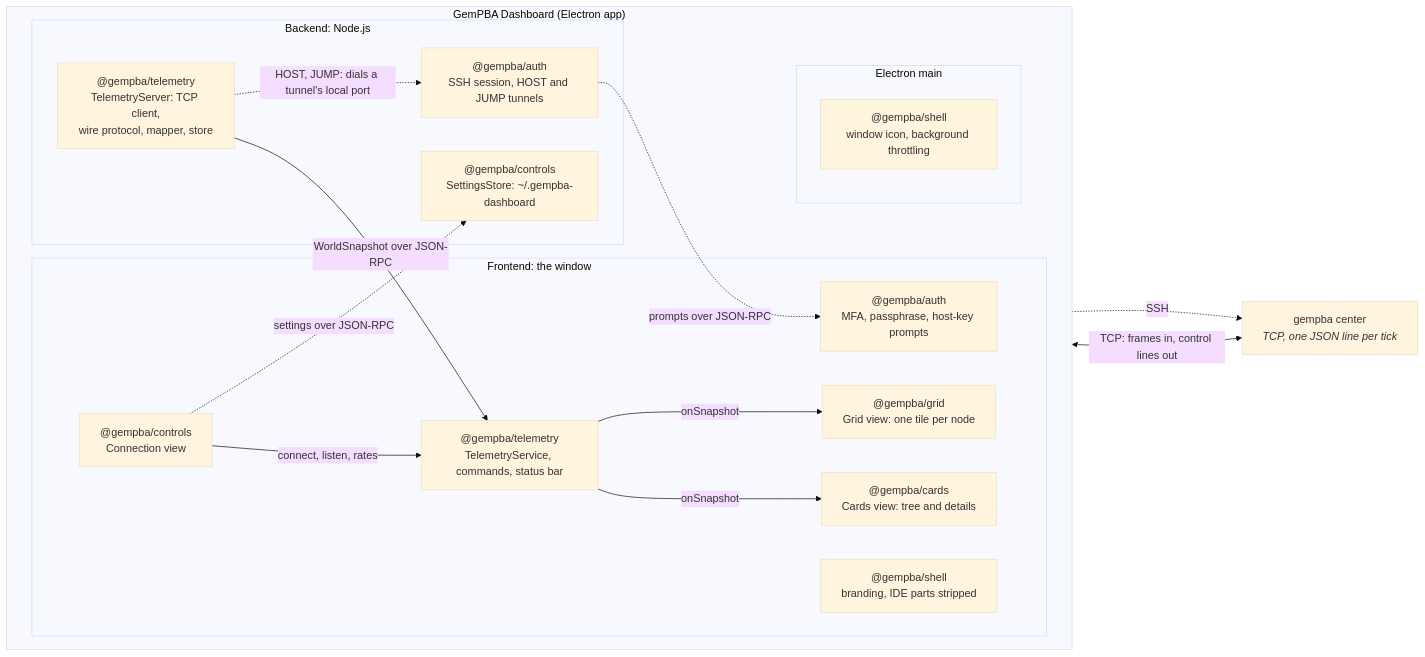
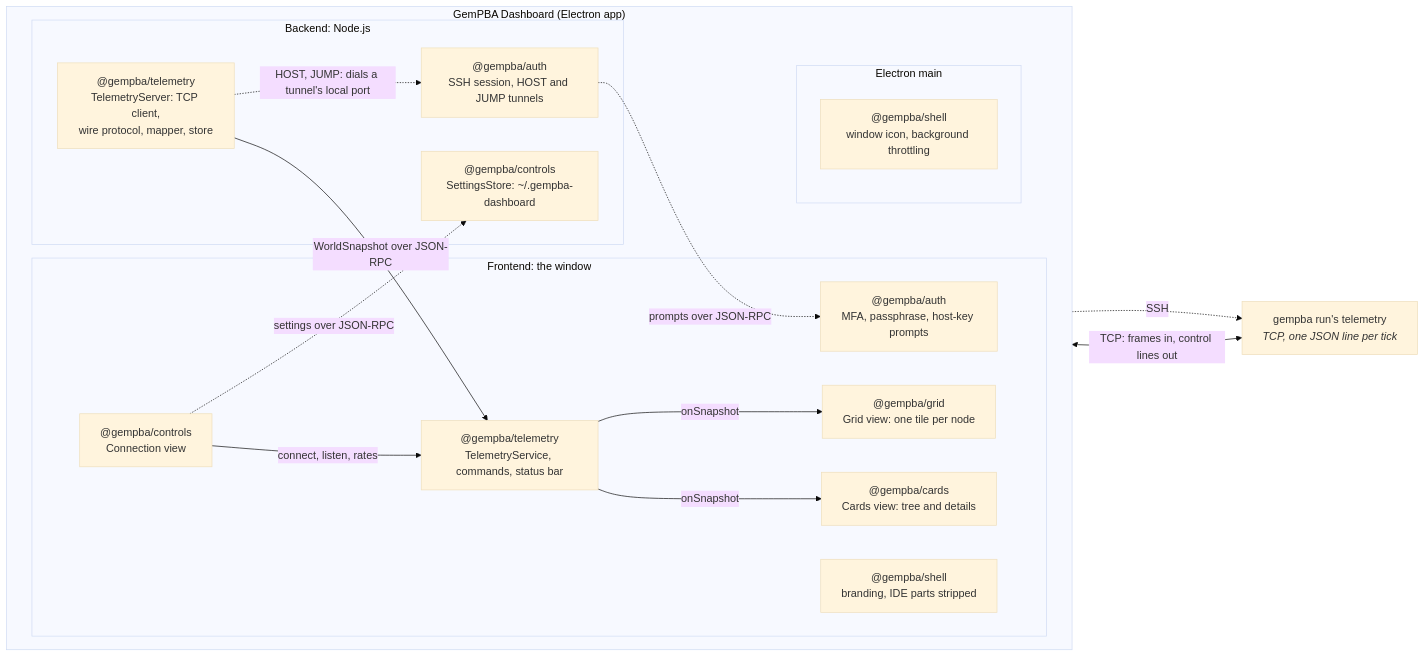
Before and after one commit to rapastranac/gempba-dashboard: the first of 3 diagrams in ARCHITECTURE.md, drawn with Mermaid (base theme). The commit also changed other lines of this file and 1 other file, not shown here.

First line of the commit message:
#79 docs(#3, #23, #64): Document telemetry schemas 1 and 2, the paused line, and the aggregator beside the scheduler roles

````diff
--- a/ARCHITECTURE.md
+++ b/ARCHITECTURE.md
@@ -33,32 +33,32 @@
 ```mermaid
 flowchart LR
-    gempba["gempba center<br/><i>TCP, one JSON line per tick</i>"]
+    gempba["gempba run's telemetry<br/><i>TCP, one JSON line per tick</i>"]
     subgraph app["GemPBA Dashboard (Electron app)"]
         direction LR
         subgraph backend["Backend: Node.js"]
             telemetry["@gempba/telemetry<br/>TelemetryServer: TCP client,<br/>wire protocol, mapper, store"]
             authNode["@gempba/auth<br/>SSH session, HOST and JUMP tunnels"]
             settingsNode["@gempba/controls<br/>SettingsStore: ~/.gempba-dashboard"]
         end
         subgraph frontend["Frontend: the window"]
             service["@gempba/telemetry<br/>TelemetryService, commands, status bar"]
             authUi["@gempba/auth<br/>MFA, passphrase, host-key prompts"]
             controlsUi["@gempba/controls<br/>Connection view"]
             shellUi["@gempba/shell<br/>branding, IDE parts stripped"]
             gridUi["@gempba/grid<br/>Grid view: one tile per node"]
             cardsUi["@gempba/cards<br/>Cards view: tree and details"]
         end
         subgraph main["Electron main"]
             shellMain["@gempba/shell<br/>window icon, background throttling"]
         end
     end
     gempba <-->|"TCP: frames in, control lines out"| telemetry
     telemetry -.->|"HOST, JUMP: dials a tunnel's local port"| authNode
     authNode -.->|SSH| gempba
     authNode -.->|"prompts over JSON-RPC"| authUi
     telemetry -->|"WorldSnapshot over JSON-RPC"| service
     service -->|onSnapshot| gridUi
     service -->|onSnapshot| cardsUi
     controlsUi -->|"connect, listen, rates"| service
     controlsUi -.->|"settings over JSON-RPC"| settingsNode
 ```
````
